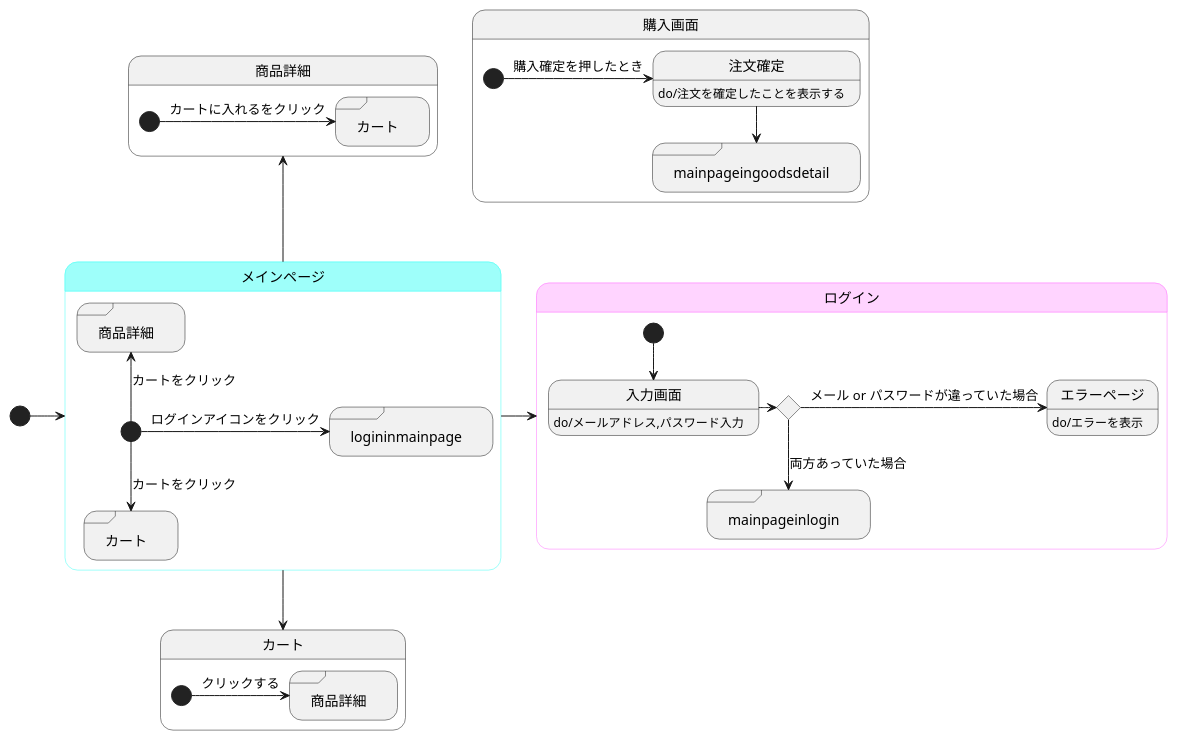
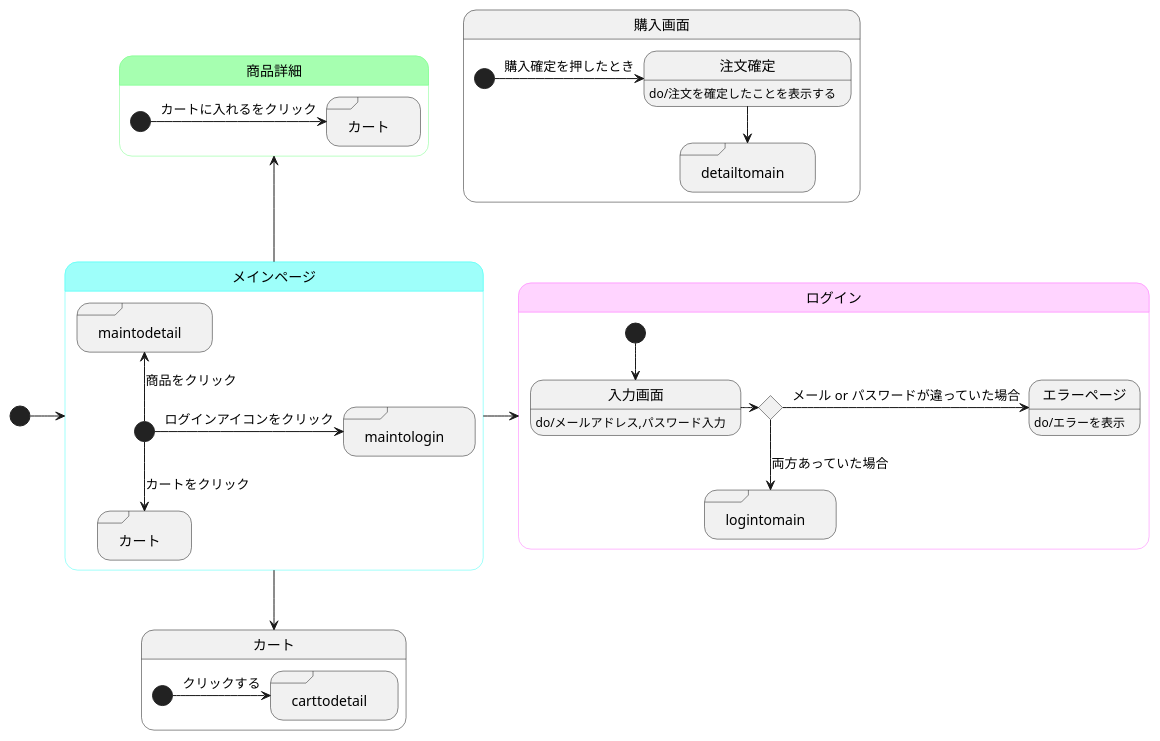
Before and after one commit to akutori/T-D-E: the diagram in UML.md, drawn with PlantUML.

Commit message:
定義済み処理の書き方をAtoBへ 商品詳細のカラーを追加

````diff
--- a/UML.md
+++ b/UML.md
@@ -1,66 +1,69 @@
 ```uml
 @startuml
-
-
-
 
 [*]->メインページ
 メインページ->ログイン
 メインページ-->カート
 メインページ-up->商品詳細
 
 state メインページ<<mainpage>>{
-state "ログイン" as logininmainpage  <<sdlreceive>>
-state "カート" as cartinmainpage <<sdlreceive>>
-state "商品詳細" as goodsdetailinmainpage <<sdlreceive>>
-    [*]-> logininmainpage :ログインアイコンをクリック
-    [*]--> cartinmainpage :カートをクリック
-    [*]-up-> goodsdetailinmainpage :カートをクリック
+state "ログイン" as maintologin <<sdlreceive>>
+state "カート" as maintocart <<sdlreceive>>
+state "商品詳細" as maintodetail <<sdlreceive>>
+    [*]-> maintologin :ログインアイコンをクリック
+    [*]--> maintocart :カートをクリック
+    [*]-up-> maintodetail :商品をクリック
 }
 
 state ログイン<<login>>{
 state input <<choice>>
-state "メインページ" as mainpageinlogin<<sdlreceive>>
+state "メインページ" as logintomain<<sdlreceive>>
 
 入力画面:do/メールアドレス,パスワード入力
 エラーページ:do/エラーを表示
     [*]--> 入力画面
     入力画面->input
     input->エラーページ:メール or パスワードが違っていた場合
-    input-->mainpageinlogin : 両方あっていた場合
+    input-->logintomain : 両方あっていた場合
 
 }
 
 state 購入画面{
-state "メインページ" as mainpageingoodsdetail<<sdlreceive>>
+state "メインページ" as detailtomain<<sdlreceive>>
 注文確定:do/注文を確定したことを表示する
     [*]->注文確定 :購入確定を押したとき
-    注文確定-->mainpageingoodsdetail
+    注文確定-->detailtomain
 }
 
 
 state カート{
-state "商品詳細" as goodsdetailincart <<sdlreceive>>
+state "商品詳細" as carttodetail <<sdlreceive>>
 
-    [*]->goodsdetailincart :クリックする
+    [*]->carttodetail :クリックする
 }
 
-state 商品詳細{
-state "カート" as cartingoodsdetail <<sdlreceive>>
+state 商品詳細<<detail>>{
+state "カート" as detailtocart <<sdlreceive>>
 
-    [*]->cartingoodsdetail :カートに入れるをクリック
+    [*]->detailtocart :カートに入れるをクリック
 }
 
 ' メインページカラー
 skinparam stateBorderColor<<mainpage>> #40fff5
 state メインページ #9efffa
-state mainpageingoodsdetail #9efffa
-state mainpageinlogin #9efffa
+state detailtomain #9efffa
+state logintomain #9efffa
 
 ' ログインカラー
 skinparam stateBorderColor<<login>> #ff73ff
 state ログイン #ffd4ff
-state logininmainpage #ffd4ff
+state maintologin #ffd4ff
+
+' 商品詳細カラー
+skinparam stateBorderColor<<detail>> #78ff88
+state 商品詳細 #a6ffb0
+state carttodetail #a6ffb0
+state maintodetail #a6ffb0
 
 @enduml
 ```
````
